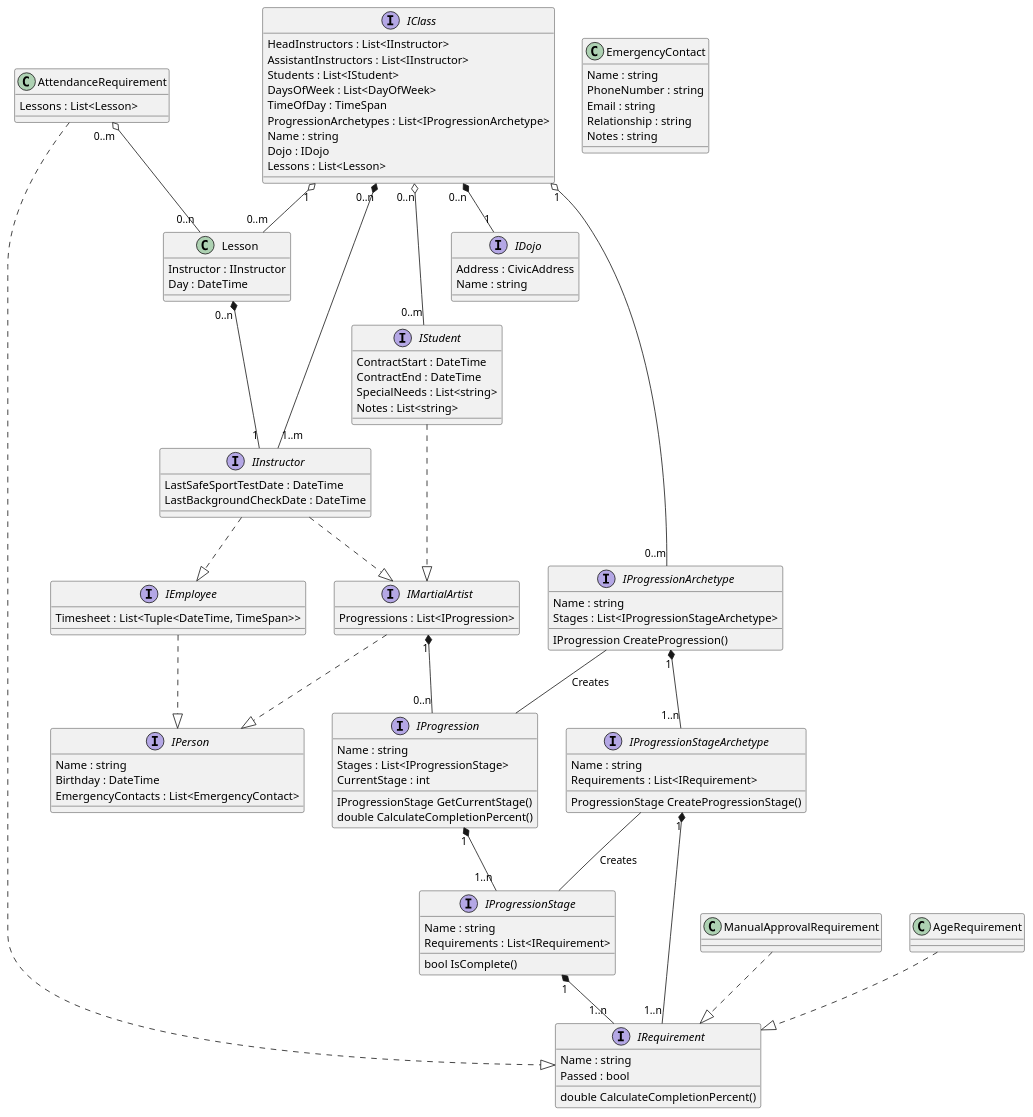
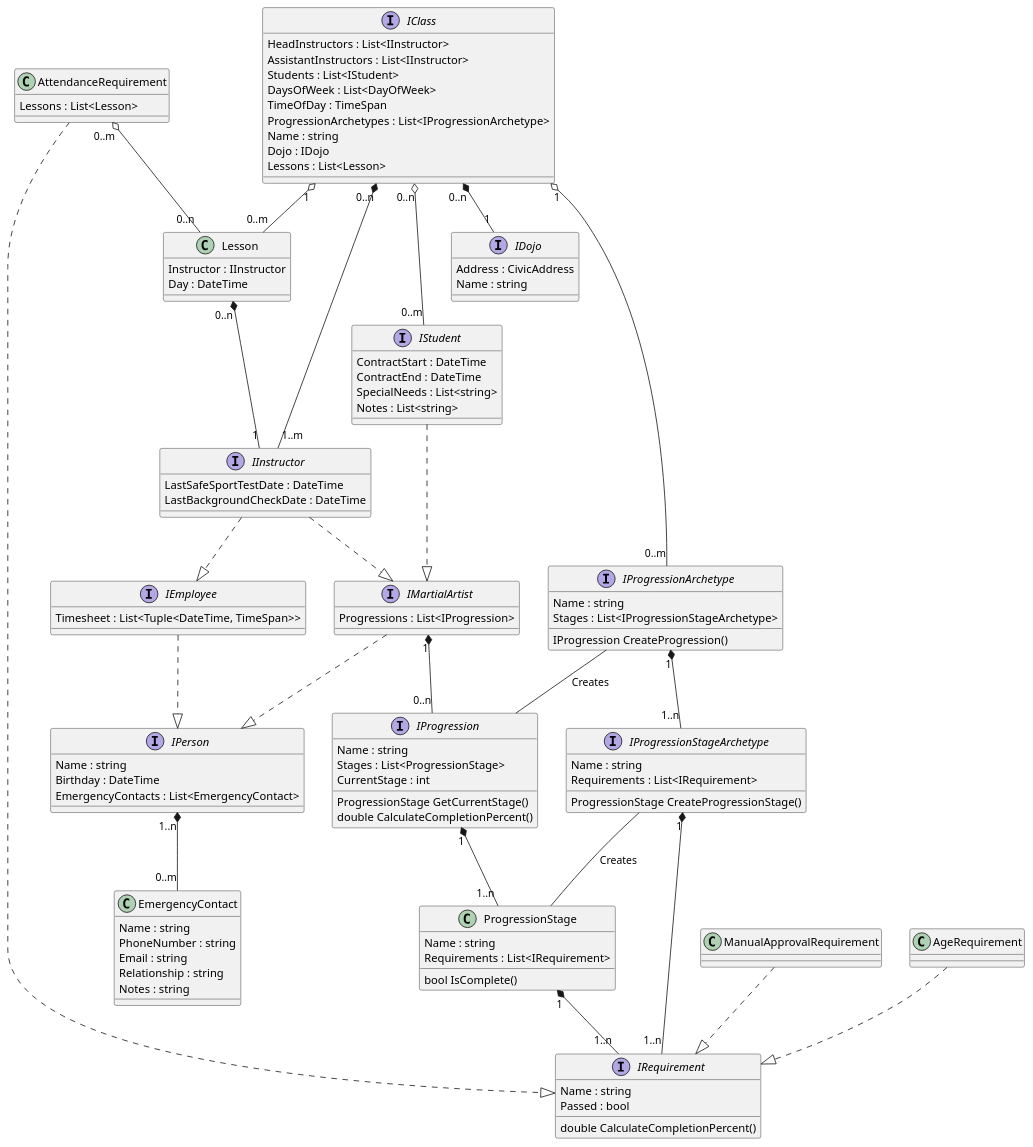
Before and after one commit to lavinrp/BmaBackstage: the diagram in Uml/BmaBackstageModel.plantuml, drawn with PlantUML.

Commit message:
#6 - Fix EmergencyContact

```diff
--- a/Uml/BmaBackstageModel.plantuml
+++ b/Uml/BmaBackstageModel.plantuml
@@ -1,148 +1,150 @@
 @startuml
 
 
 interface IRequirement
 {
     Name : string
     Passed : bool
     double CalculateCompletionPercent()
 }
 
 class AttendanceRequirement
 {
     Lessons : List<Lesson>
 }
 
 class ManualApprovalRequirement
 {
 }
 
 class AgeRequirement
 {
 }
 
-interface IProgressionStage
+class ProgressionStage
 {
     Name : string
     Requirements : List<IRequirement>
     bool IsComplete()
 }
 
 interface IProgression
 {
     Name : string
-    Stages : List<IProgressionStage>
+    Stages : List<ProgressionStage>
     CurrentStage : int
-    IProgressionStage GetCurrentStage()
+    ProgressionStage GetCurrentStage()
     double CalculateCompletionPercent()
 }
 
 interface IProgressionStageArchetype
 {
     Name : string
     Requirements : List<IRequirement>
     ProgressionStage CreateProgressionStage()
 }
 
 interface IProgressionArchetype
 {
     Name : string
     Stages : List<IProgressionStageArchetype>
     IProgression CreateProgression()
 }
 
 class EmergencyContact
 {
     Name : string
     PhoneNumber : string
     Email : string
     Relationship : string
     Notes : string
 }
 
 interface IPerson
 {
     Name : string
     Birthday : DateTime
     EmergencyContacts : List<EmergencyContact>
 }
 
 interface IEmployee
 {
     Timesheet : List<Tuple<DateTime, TimeSpan>>
 }
 
 interface IMartialArtist
 {
     Progressions : List<IProgression>
 }
 
 interface IInstructor
 {
     LastSafeSportTestDate : DateTime
     LastBackgroundCheckDate : DateTime
 }
 
 class Lesson
 {
     Instructor : IInstructor
     Day : DateTime
 }
 
 interface IStudent
 {
     ContractStart : DateTime
     ContractEnd : DateTime
     SpecialNeeds : List<string>
     Notes : List<string>
 }
 
 interface IDojo
 {
     Address : CivicAddress
     Name : string
 }
 
 interface IClass
 {
     HeadInstructors : List<IInstructor>
     AssistantInstructors : List<IInstructor>
     Students : List<IStudent>
     DaysOfWeek : List<DayOfWeek>
     TimeOfDay : TimeSpan
     ProgressionArchetypes : List<IProgressionArchetype>
     Name : string
     Dojo : IDojo
     Lessons : List<Lesson>
 }
 
 IMartialArtist ..|> IPerson
 IEmployee ..|> IPerson
 IInstructor ..|> IEmployee
 IInstructor ..|> IMartialArtist
 IStudent ..|> IMartialArtist
 
 AttendanceRequirement ..|> IRequirement
 ManualApprovalRequirement ..|> IRequirement
 AgeRequirement ..|> IRequirement
 
 IProgressionStageArchetype "1" *-- "1..n" IRequirement
 IProgressionArchetype "1" *-- "1..n" IProgressionStageArchetype
 IProgressionArchetype -- IProgression : Creates
-IProgressionStageArchetype -- IProgressionStage : Creates
+IProgressionStageArchetype -- ProgressionStage : Creates
 
-IProgressionStage "1" *-- "1..n" IRequirement
-IProgression "1" *-- "1..n" IProgressionStage
+ProgressionStage "1" *-- "1..n" IRequirement
+IProgression "1" *-- "1..n" ProgressionStage
 AttendanceRequirement "0..m" o-- "0..n" Lesson
+
+IPerson "1..n" *-- "0..m" EmergencyContact
 
 IMartialArtist "1" *-- "0..n" IProgression
 
 IClass "0..n" *-- "1..m" IInstructor
 IClass "0..n" o-- "0..m" IStudent
 IClass "0..n" *-- "1" IDojo
 IClass "1" o-- "0..m" Lesson
 IClass "1" o-- "0..m" IProgressionArchetype
 
 Lesson "0..n" *-- "1" IInstructor
 
 @enduml
```
